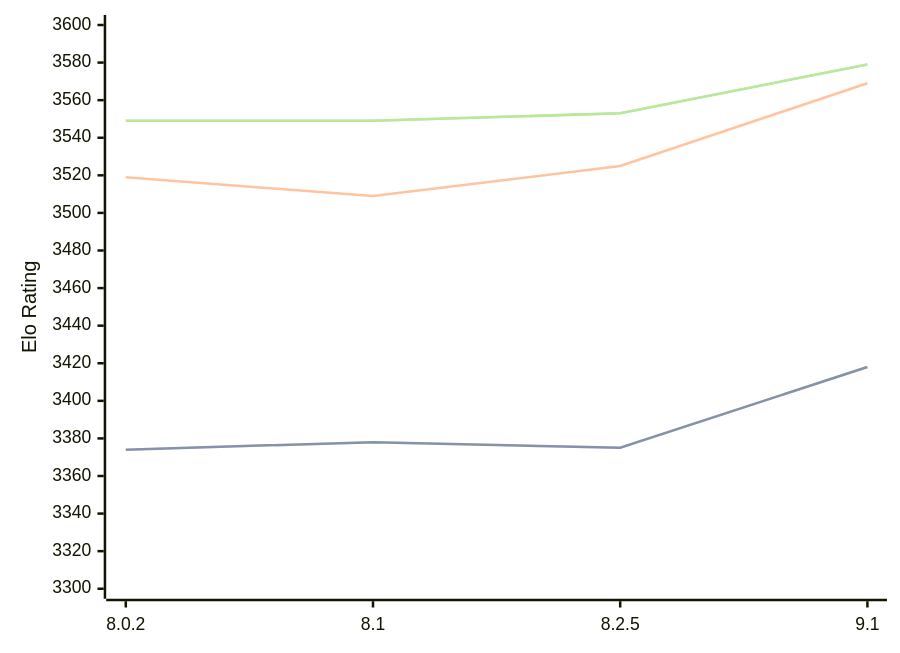
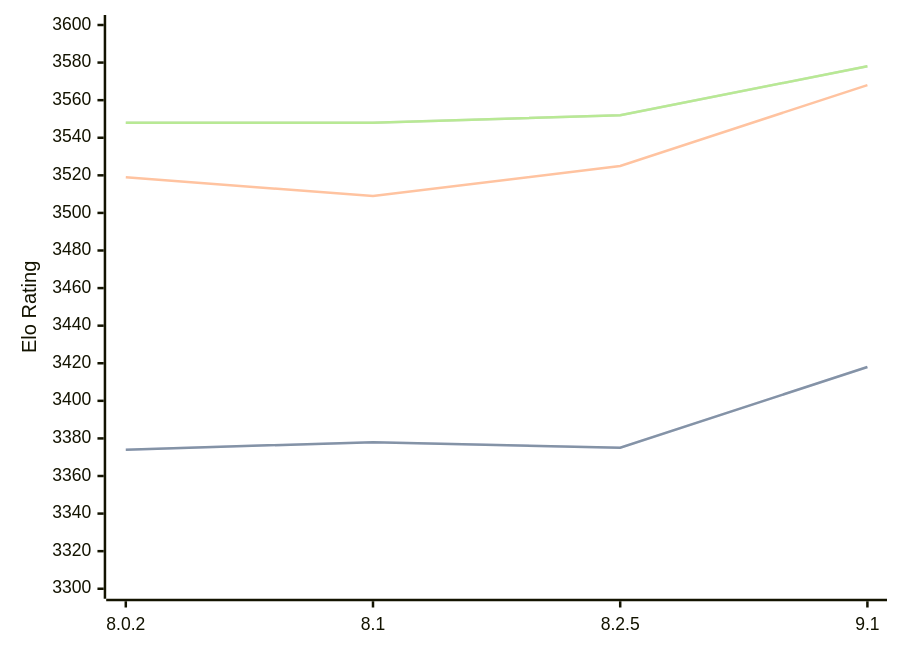
The diagram in engines/Clover.md (computer-chess-index/cci), drawn with Mermaid before and after one commit. The commit also changed other lines of this file, not shown here.

Commit message:
Update CCI Ratings (ELO VLTC) - 2026-03-11

````diff
--- a/engines/Clover.md
+++ b/engines/Clover.md
@@ -62,11 +62,11 @@
 ```mermaid
 %%{init: {"theme":"base","themeVariables":{"seriesColors:['#a3a3a3','#222221','#faa371']}}}%%
 xychart-beta
   x-axis ["8.0.2", "8.1", "8.2.5", "9.1"]
   y-axis "Elo Rating" 3300 --> 3600
   line "STC (8.0+0.08s)" [3374, 3378, 3375, 3418]
   line "STC (8.0+0.08s)" [3374, 3378, 3375, 3418]
-  line "LTC (60.0+0.60s)" [3519, 3509, 3525, 3569]
-  line "VLTC (2m24s+1.12s)" [3549, 3549, 3553, 3579]
-  line "VLTC (2m24s+1.12s)" [3549, 3549, 3553, 3579]
+  line "LTC (60.0+0.60s)" [3519, 3509, 3525, 3568]
+  line "VLTC (2m24s+1.12s)" [3548, 3548, 3552, 3578]
+  line "VLTC (2m24s+1.12s)" [3548, 3548, 3552, 3578]
 ```
````
